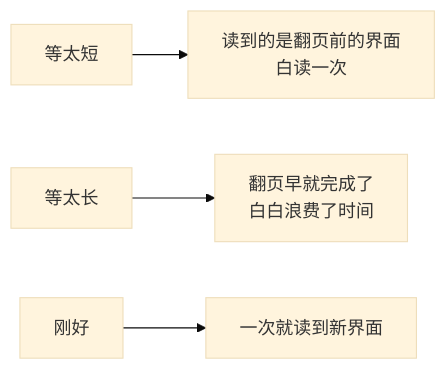
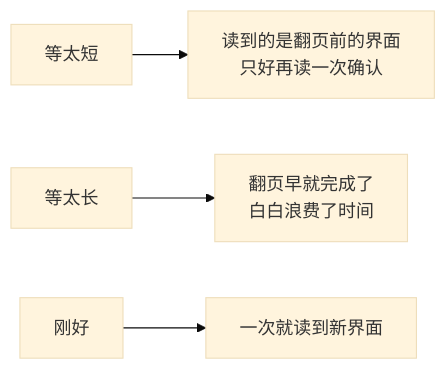
One commit to GouHingFai/mobilephone_control changed the seventh of 8 diagrams in docs/原理与实现.md. Above: the diagram before and after it, drawn with Mermaid (base theme). The commit also changed other lines of this file and 6 other files, not shown here.

````diff
--- a/docs/原理与实现.md
+++ b/docs/原理与实现.md
@@ -268,6 +272,6 @@
 ```mermaid
 flowchart LR
-    A["等太短"] --> A2["读到的是翻页前的界面<br/>白读一次"]
+    A["等太短"] --> A2["读到的是翻页前的界面<br/>只好再读一次确认"]
     B["等太长"] --> B2["翻页早就完成了<br/>白白浪费了时间"]
     C["刚好"] --> C2["一次就读到新界面"]
 ```
````
